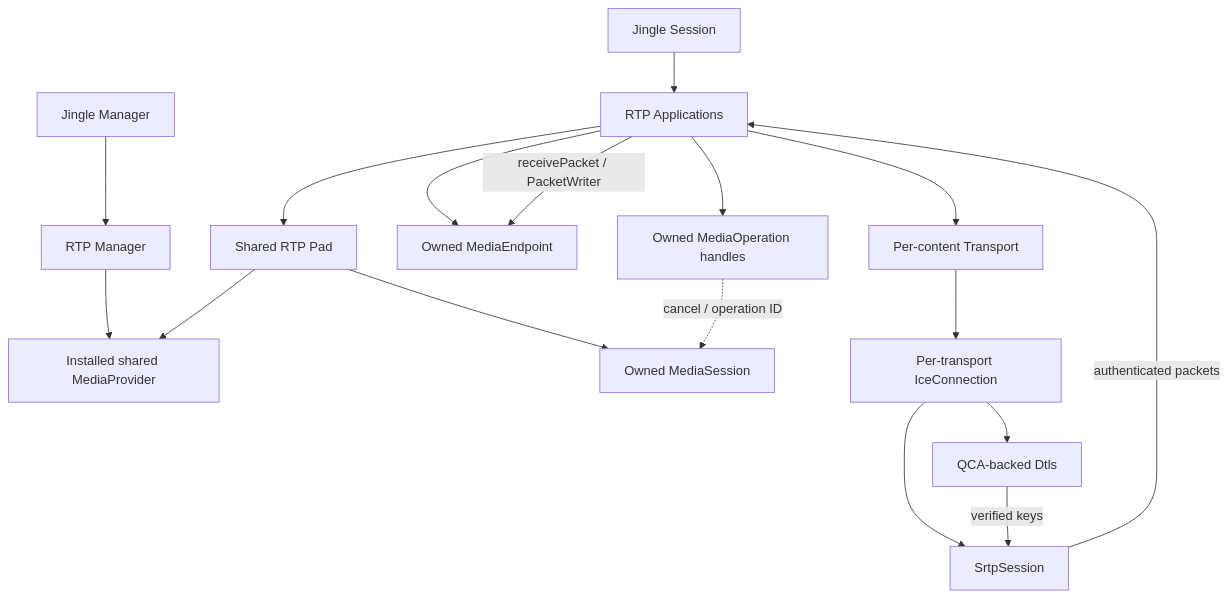
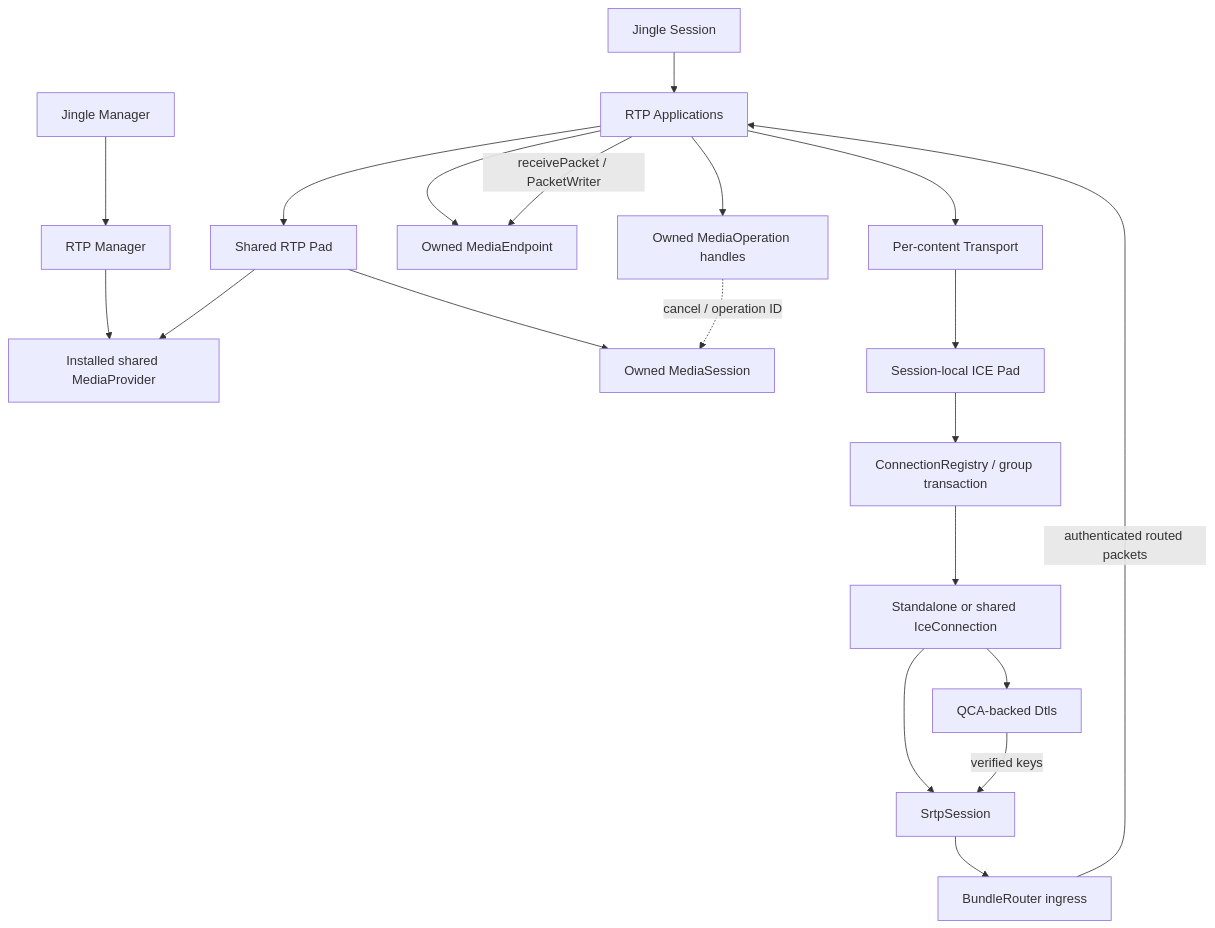
The first of 5 diagrams in docs/jingle-rtp-design.md (psi-im/iris), drawn with Mermaid before and after one commit. The commit also changed other lines of this file, not shown here.

Commit message:
Update RTP design for production BUNDLE wiring

````diff
--- a/docs/jingle-rtp-design.md
+++ b/docs/jingle-rtp-design.md
@@ -38,19 +39,22 @@
 ```mermaid
 flowchart TD
     JM[Jingle Manager] --> RM[RTP Manager]
     RM --> MP[Installed shared MediaProvider]
     S[Jingle Session] --> A[RTP Applications]
     A --> P[Shared RTP Pad]
     P --> MP
     P --> MS[Owned MediaSession]
     A --> E[Owned MediaEndpoint]
     A --> OP[Owned MediaOperation handles]
     OP -. cancel / operation ID .-> MS
     A --> T[Per-content Transport]
-    T --> IC[Per-transport IceConnection]
+    T --> IP[Session-local ICE Pad]
+    IP --> CR[ConnectionRegistry / group transaction]
+    CR --> IC[Standalone or shared IceConnection]
     IC --> D[QCA-backed Dtls]
     IC --> SS[SrtpSession]
     D -->|verified keys| SS
-    SS -->|authenticated packets| A
+    SS --> BR[BundleRouter ingress]
+    BR -->|authenticated routed packets| A
     A -->|receivePacket / PacketWriter| E
 ```
````
